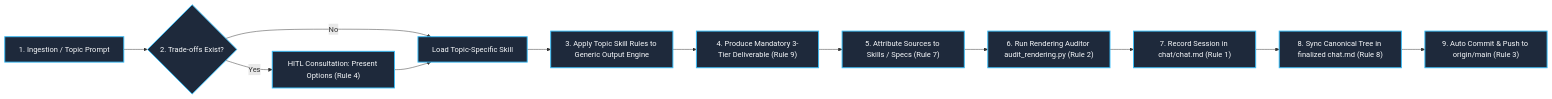
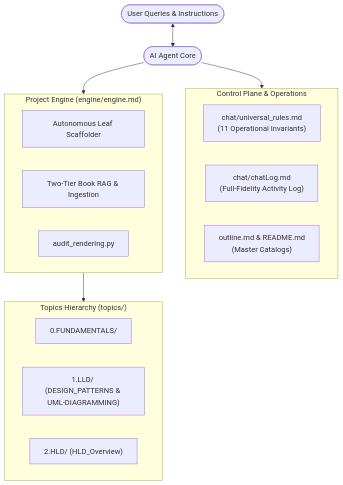
Before and after one commit to AkmKawser/System-Design: the diagram in README.md, drawn with Mermaid. The commit also changed other lines of this file and 639 other files, not shown here.

Commit message:
refactor: migrate repository structure to Learning-Roadmap architecture with zero data loss

````diff
--- a/README.md
+++ b/README.md
@@ -127,17 +17,26 @@
 ```mermaid
-flowchart LR
-    A["1. Ingestion / Topic Prompt"] --> B{"2. Trade-offs Exist?"}
-    B -->|"Yes"| C["HITL Consultation: Present Options (Rule 4)"]
-    B -->|"No"| D["Load Topic-Specific Skill"]
-    C --> D
-    D --> E["3. Apply Topic Skill Rules to Generic Output Engine"]
-    E --> F["4. Produce Mandatory 3-Tier Deliverable (Rule 9)"]
-    F --> G["5. Attribute Sources to Skills / Specs (Rule 7)"]
-    G --> H["6. Run Rendering Auditor audit_rendering.py (Rule 2)"]
-    H --> I["7. Record Session in chat/chat.md (Rule 1)"]
-    I --> J["8. Sync Canonical Tree in finalized chat.md (Rule 8)"]
-    J --> K["9. Auto Commit & Push to origin/main (Rule 3)"]
+flowchart TD
+    User(["User Queries & Instructions"]) <--> Agent(["AI Agent Core"])
+    
+    subgraph Control_Plane ["Control Plane & Operations"]
+        Rules["chat/universal_rules.md<br/>(11 Operational Invariants)"]
+        ChatLog["chat/chatLog.md<br/>(Full-Fidelity Activity Log)"]
+        Nav["outline.md & README.md<br/>(Master Catalogs)"]
+    end
+    
+    subgraph Execution_Engine ["Project Engine (engine/engine.md)"]
+        Scaffold["Autonomous Leaf Scaffolder"]
+        Ingestion["Two-Tier Book RAG & Ingestion"]
+        Auditor["audit_rendering.py"]
+    end
+    
+    subgraph Knowledge_Domain ["Topics Hierarchy (topics/)"]
+        Fundamentals["0.FUNDAMENTALS/"]
+        LLD["1.LLD/ (DESIGN_PATTERNS & UML-DIAGRAMMING)"]
+        HLD["2.HLD/ (HLD_Overview)"]
+    end
 
-    classDef stage fill:#1e293b,stroke:#38bdf8,stroke-width:2px,color:#f8fafc;
-    class A,B,C,D,E,F,G,H,I,J,K stage;
+    Agent --> Control_Plane
+    Agent --> Execution_Engine
+    Execution_Engine --> Knowledge_Domain
 ```
````
